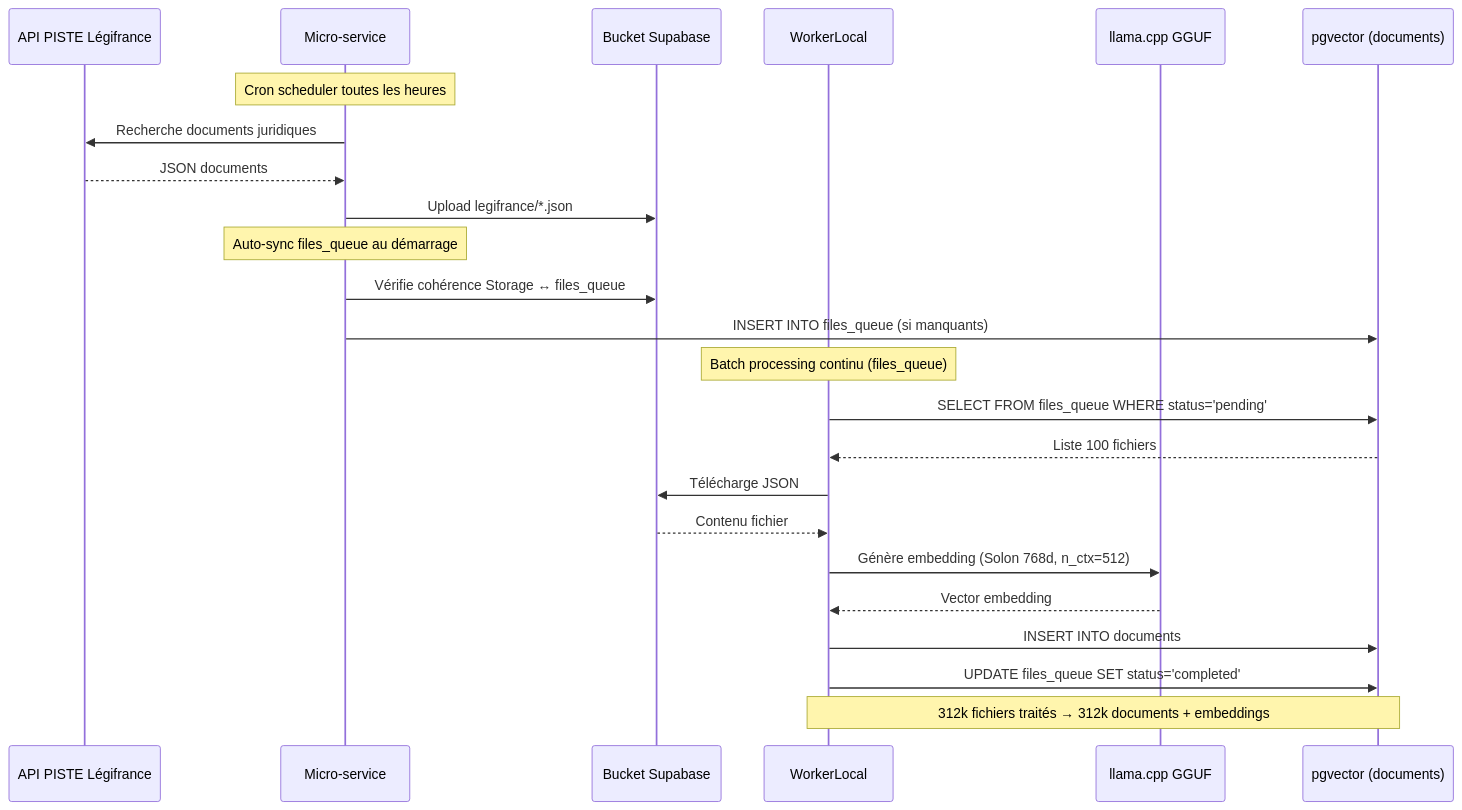
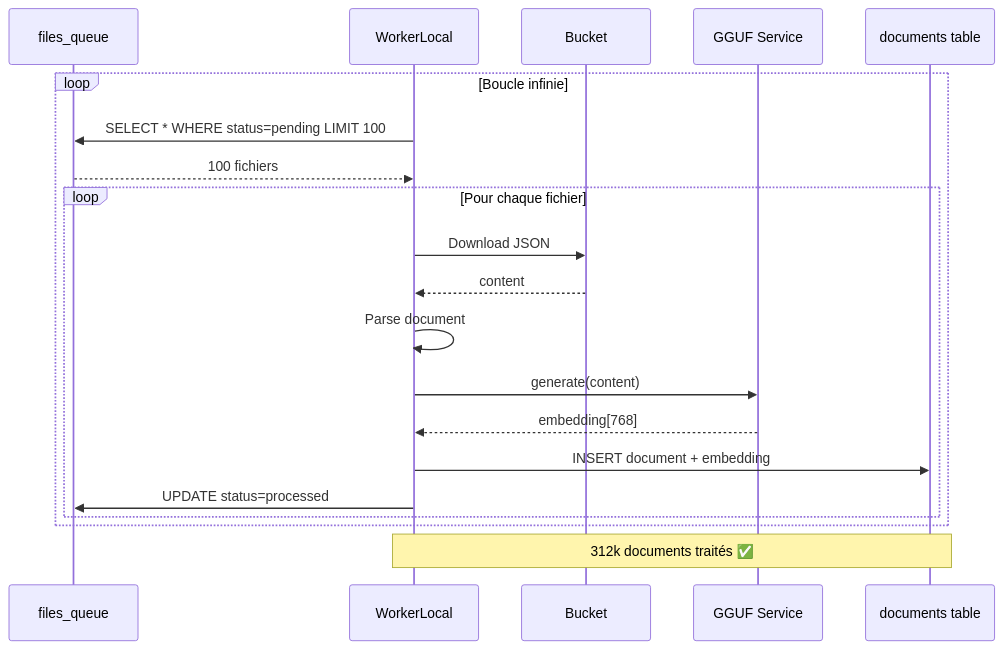
Before and after one commit to Volgine/Documentations-Projets-ArchiReg: the fifth of 6 diagrams in 01-ARCHITECTURE-GLOBALE.md, drawn with Mermaid. The commit also changed other lines of this file and 58 other files, not shown here.

````diff
--- a/01-ARCHITECTURE-GLOBALE.md
+++ b/01-ARCHITECTURE-GLOBALE.md
@@ -200,30 +222,28 @@
 ```mermaid
 sequenceDiagram
-    participant API as API PISTE Légifrance
-    participant MS as Micro-service
-    participant BKT as Bucket Supabase
-    participant W as WorkerLocal
-    participant GGUF as llama.cpp GGUF
-    participant PG as pgvector (documents)
+    participant FQ as files_queue
+    participant WL as WorkerLocal
+    participant BKT as Bucket
+    participant GGUF as GGUF Service
+    participant DB as documents table
     
-    Note over MS: Cron scheduler toutes les heures
-    MS->>API: Recherche documents juridiques
-    API-->>MS: JSON documents
-    MS->>BKT: Upload legifrance/*.json
+    loop Boucle infinie
+        WL->>FQ: SELECT * WHERE status=pending LIMIT 100
+        FQ-->>WL: 100 fichiers
+        
+        loop Pour chaque fichier
+            WL->>BKT: Download JSON
+            BKT-->>WL: content
+            
+            WL->>WL: Parse document
+            
+            WL->>GGUF: generate(content)
+            GGUF-->>WL: embedding[768]
+            
+            WL->>DB: INSERT document + embedding
+            WL->>FQ: UPDATE status=processed
+        end
+    end
     
-    Note over MS: Auto-sync files_queue au démarrage
-    MS->>BKT: Vérifie cohérence Storage ↔ files_queue
-    MS->>PG: INSERT INTO files_queue (si manquants)
-    
-    Note over W: Batch processing continu (files_queue)
-    W->>PG: SELECT FROM files_queue WHERE status='pending'
-    PG-->>W: Liste 100 fichiers
-    W->>BKT: Télécharge JSON
-    BKT-->>W: Contenu fichier
-    W->>GGUF: Génère embedding (Solon 768d, n_ctx=512)
-    GGUF-->>W: Vector embedding
-    W->>PG: INSERT INTO documents
-    W->>PG: UPDATE files_queue SET status='completed'
-    
-    Note over W,PG: 312k fichiers traités → 312k documents + embeddings
+    Note over WL,DB: 312k documents traités ✅
 ```
````
